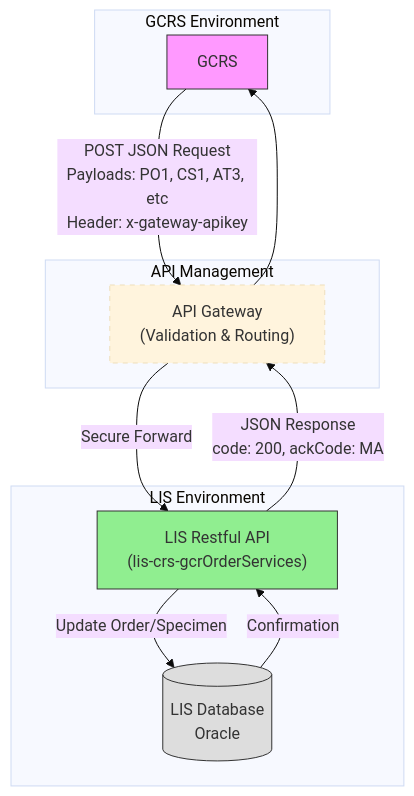
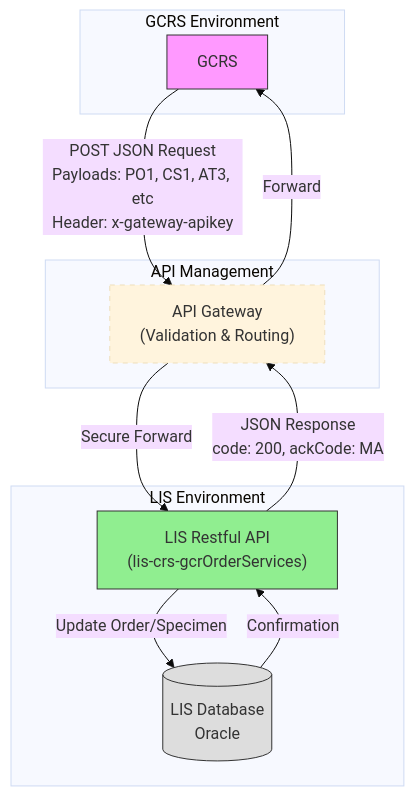
One commit to DragonChong/HA-Notes changed the first of 2 diagrams in CRS/Order Gateway/Technical Diagram.md. Above: the diagram before and after it, drawn with Mermaid (base theme). The commit also changed other lines of this file, not shown here.

````diff
--- a/CRS/Order Gateway/Technical Diagram.md
+++ b/CRS/Order Gateway/Technical Diagram.md
@@ -2,30 +2,30 @@
 ```mermaid
 flowchart TD
     %% Node Definitions
     subgraph GCRS_Env [GCRS Environment]
         GCRS["GCRS"]
     end
 
     subgraph API_Mgmt [API Management]
         Gateway["API Gateway<br/>(Validation & Routing)"]
     end
 
     subgraph LIS_Env [LIS Environment]
         API["LIS Restful API<br/>(lis-crs-gcrOrderServices)"]
         DB[(LIS Database<br/>Oracle)]
     end
 
     %% Connections
     GCRS -->|POST JSON Request<br/>Payloads: PO1, CS1, AT3, etc<br/>Header: x-gateway-apikey| Gateway
     Gateway -->|Secure Forward| API
     API -->|Update Order/Specimen| DB
     DB -->|Confirmation| API
     API --> |JSON Response<br/>code: 200, ackCode: MA| Gateway
-    Gateway --> GCRS
+    Gateway --> |Forward| GCRS
 
     %% Styling
     style GCRS fill:#FF99FF,stroke:#333,stroke-width:1px
     style API fill:#90EE90,stroke:#333,stroke-width:1px
     style Gateway stroke-dasharray: 5 5
     style DB fill:#DDD,stroke:#333
 ```
````
